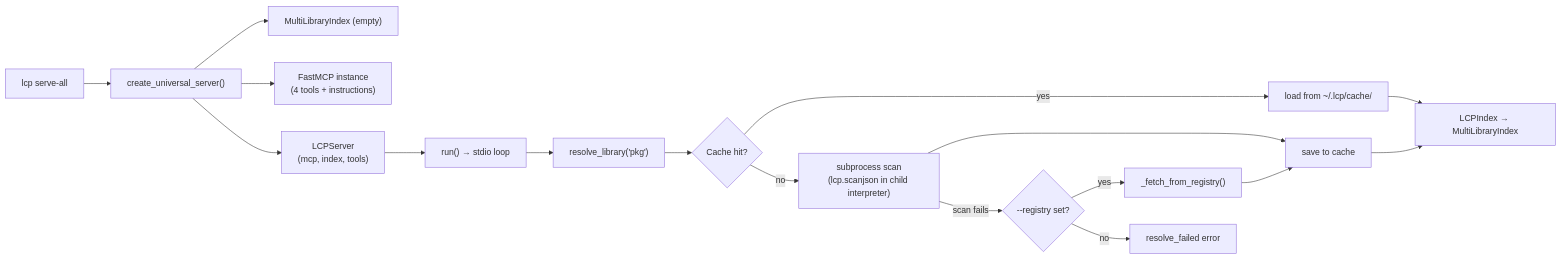
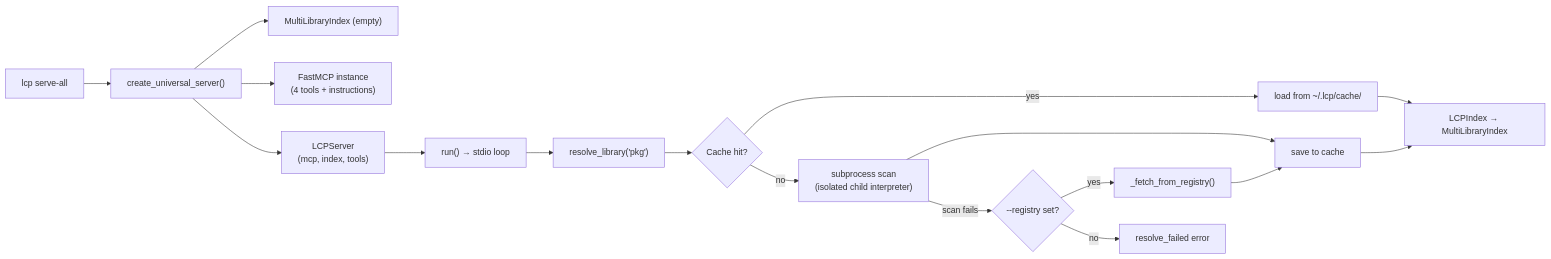
Before and after one commit to zazza123/lcp: the first of 2 diagrams in docs/architecture/mcp_server/architecture.md, drawn with Mermaid. The commit also changed other lines of this file and 2 other files, not shown here.

First line of the commit message:
DOC: Document the isolated subprocess scan child

````diff
--- a/docs/architecture/mcp_server/architecture.md
+++ b/docs/architecture/mcp_server/architecture.md
@@ -11,19 +11,19 @@
 ```mermaid
 flowchart LR
     A["lcp serve-all"] --> B["create_universal_server()"]
     B --> C["MultiLibraryIndex (empty)"]
     B --> D["FastMCP instance\n(4 tools + instructions)"]
     B --> P["LCPServer\n(mcp, index, tools)"]
     P --> E["run() → stdio loop"]
     E --> F["resolve_library('pkg')"]
     F --> G{"Cache hit?"}
     G -- yes --> H["load from ~/.lcp/cache/"]
-    G -- no --> I["subprocess scan\n(lcp.scanjson in child interpreter)"]
+    G -- no --> I["subprocess scan\n(isolated child interpreter)"]
     I --> J["save to cache"]
     I -- scan fails --> R{"--registry set?"}
     R -- yes --> S["_fetch_from_registry()"]
     S --> J
     R -- no --> ERR["resolve_failed error"]
     H --> K["LCPIndex → MultiLibraryIndex"]
     J --> K
 ```
````
